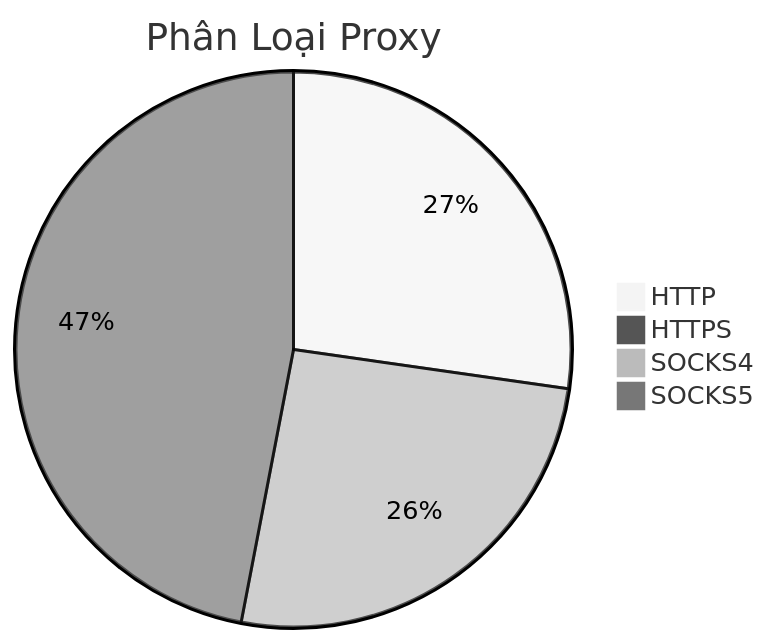
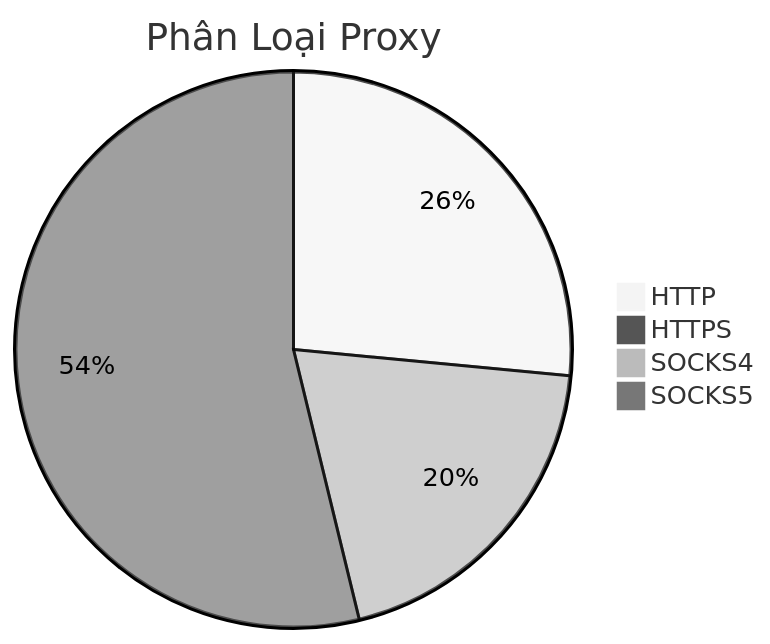
Before and after one commit to Ciara-Aa/PROXY-free: the diagram in README.md, drawn with Mermaid (neutral theme). The commit also changed other lines of this file and 4 other files, not shown here.

````diff
--- a/README.md
+++ b/README.md
@@ -26,7 +26,7 @@
 ```mermaid
 pie title Phân Loại Proxy
-    "HTTP" : 307
-    "HTTPS" : 1
-    "SOCKS4" : 290
-    "SOCKS5" : 529
+    "HTTP" : 237
+    "HTTPS" : 2
+    "SOCKS4" : 176
+    "SOCKS5" : 481
 ```
````
